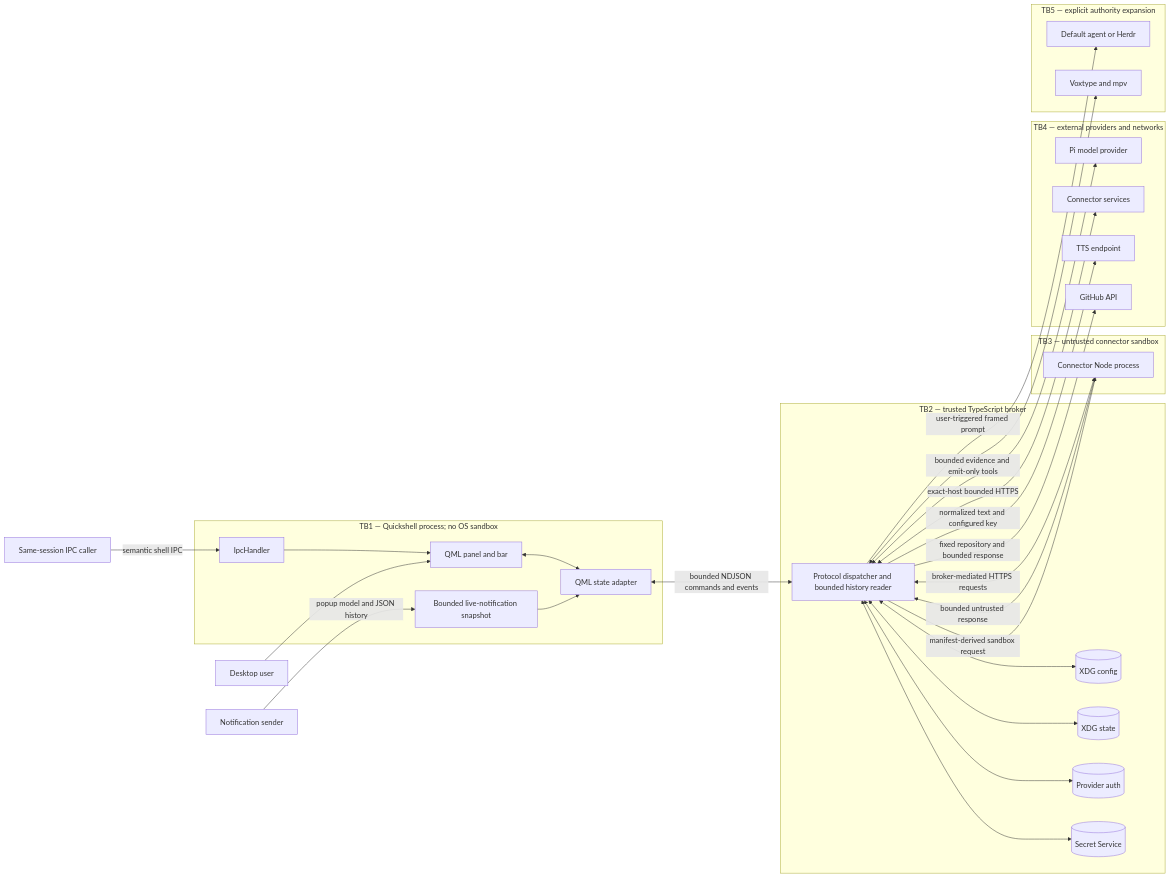
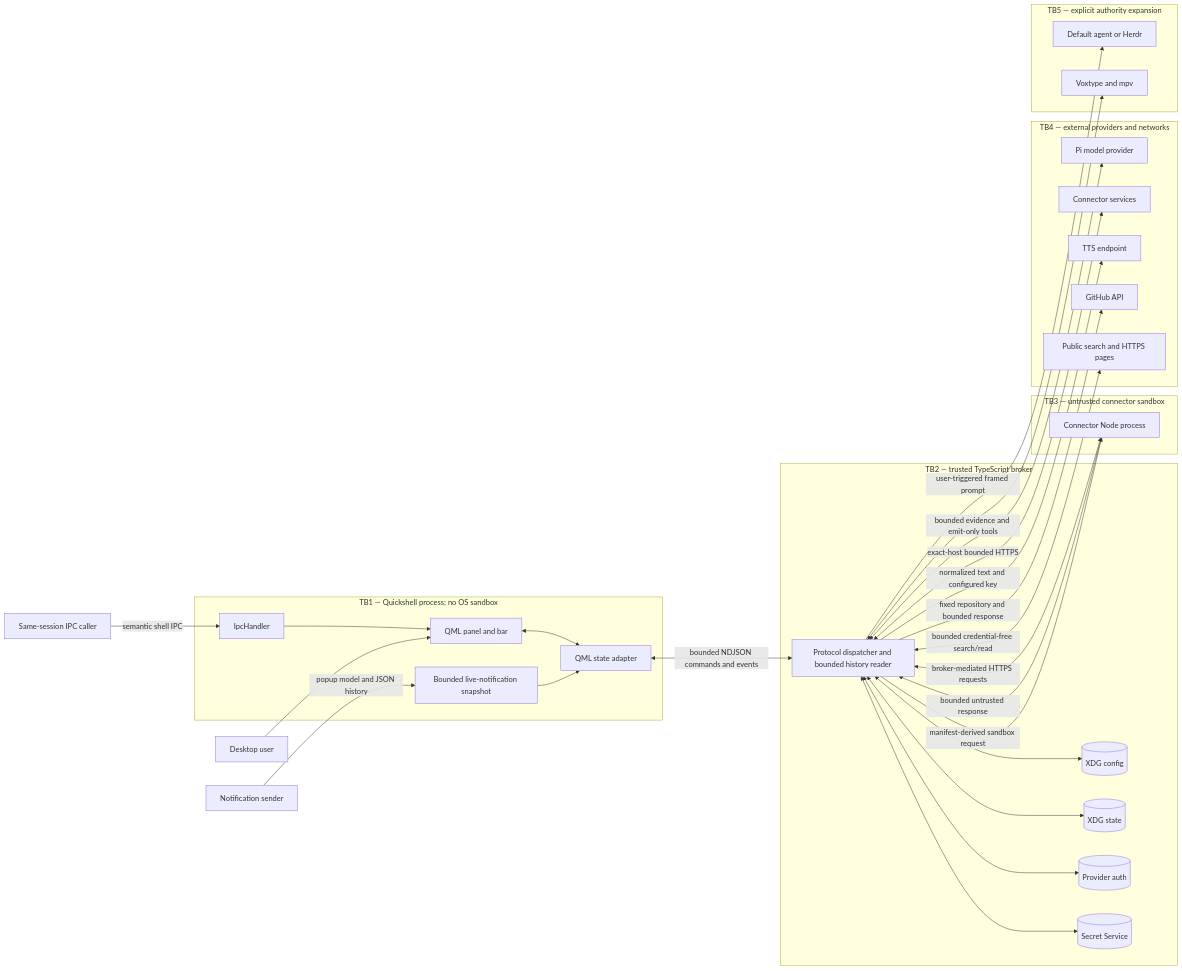
One commit to jacob-vincent-mink/omadigest changed the second of 3 diagrams in docs/threat-model.md. Above: the diagram before and after it, drawn with Mermaid. The commit also changed other lines of this file and 24 other files, not shown here.

````diff
--- a/docs/threat-model.md
+++ b/docs/threat-model.md
@@ -90,59 +95,61 @@
 ```mermaid
 flowchart LR
   User[Desktop user]
   App[Notification sender]
   Caller[Same-session IPC caller]
 
   subgraph TB1["TB1 — Quickshell process; no OS sandbox"]
     UI[QML panel and bar]
     IPC[IpcHandler]
     Snapshot[Bounded live-notification snapshot]
     Store[QML state adapter]
   end
 
   subgraph TB2["TB2 — trusted TypeScript broker"]
     Broker[Protocol dispatcher and bounded history reader]
     Config[(XDG config)]
     State[(XDG state)]
     Auth[(Provider auth)]
     Keyring[(Secret Service)]
   end
 
   subgraph TB3["TB3 — untrusted connector sandbox"]
     Connector[Connector Node process]
   end
 
   subgraph TB4["TB4 — external providers and networks"]
     Model[Pi model provider]
     Remote[Connector services]
     TTS[TTS endpoint]
     GitHub[GitHub API]
+    Web[Public search and HTTPS pages]
   end
 
   subgraph TB5["TB5 — explicit authority expansion"]
     DefaultAgent[Default agent or Herdr]
     Voice[Voxtype and mpv]
   end
 
   User --> UI
   App -->|popup model and JSON history| Snapshot
   Caller -->|semantic shell IPC| IPC
   IPC --> UI
   Snapshot --> Store
   UI <--> Store
   Store <-->|bounded NDJSON commands and events| Broker
 
   Broker <--> Config
   Broker <--> State
   Broker <--> Auth
   Broker <--> Keyring
   Broker -->|manifest-derived sandbox request| Connector
   Connector -->|bounded untrusted response| Broker
   Connector <-->|broker-mediated HTTPS requests| Broker
   Broker <-->|exact-host bounded HTTPS| Remote
   Broker <-->|bounded evidence and emit-only tools| Model
   Broker -->|normalized text and configured key| TTS
   Broker -->|fixed repository and bounded response| GitHub
+  Broker <-->|bounded credential-free search/read| Web
   Broker -->|user-triggered framed prompt| DefaultAgent
   Broker <--> Voice
 ```
````
